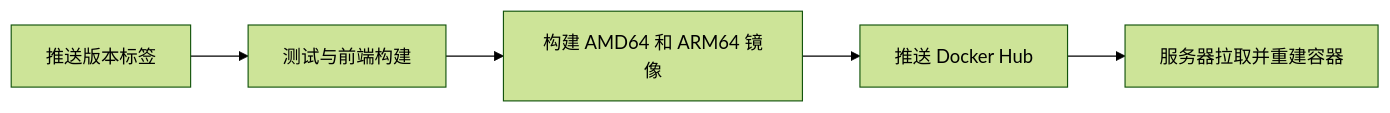
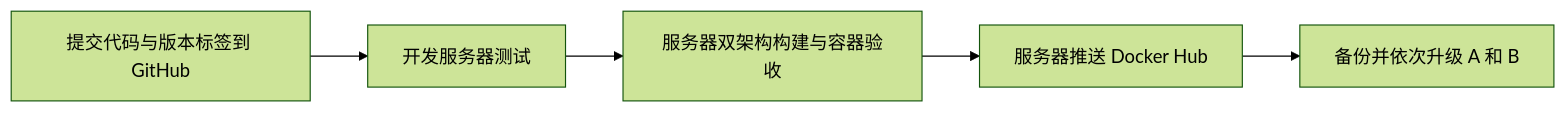
The diagram in docs/publishing.md (ecouus/EmbyRelay), drawn with Mermaid (forest theme) before and after one commit. The commit also changed other lines of this file and 6 other files, not shown here.

````diff
--- a/docs/publishing.md
+++ b/docs/publishing.md
@@ -24,7 +39,7 @@
 ```mermaid
 flowchart LR
-    A[推送版本标签] --> B[测试与前端构建]
-    B --> C[构建 AMD64 和 ARM64 镜像]
-    C --> D[推送 Docker Hub]
-    D --> E[服务器拉取并重建容器]
+    A[提交代码与版本标签到 GitHub] --> B[开发服务器测试]
+    B --> C[服务器双架构构建与容器验收]
+    C --> D[服务器推送 Docker Hub]
+    D --> E[备份并依次升级 A 和 B]
 ```
````
